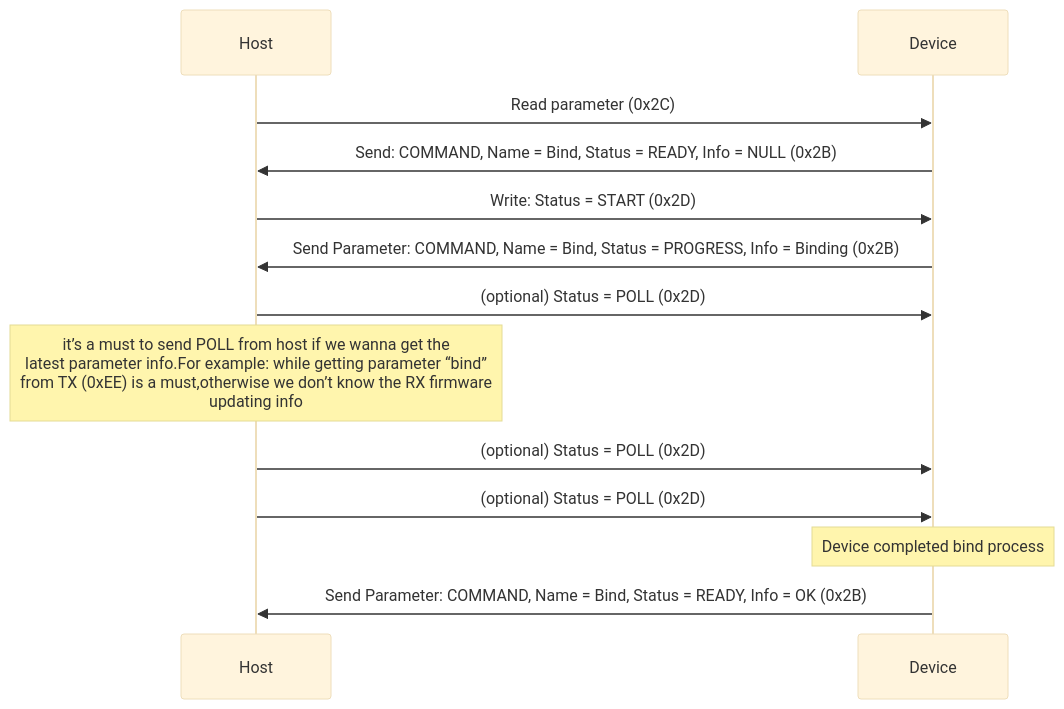
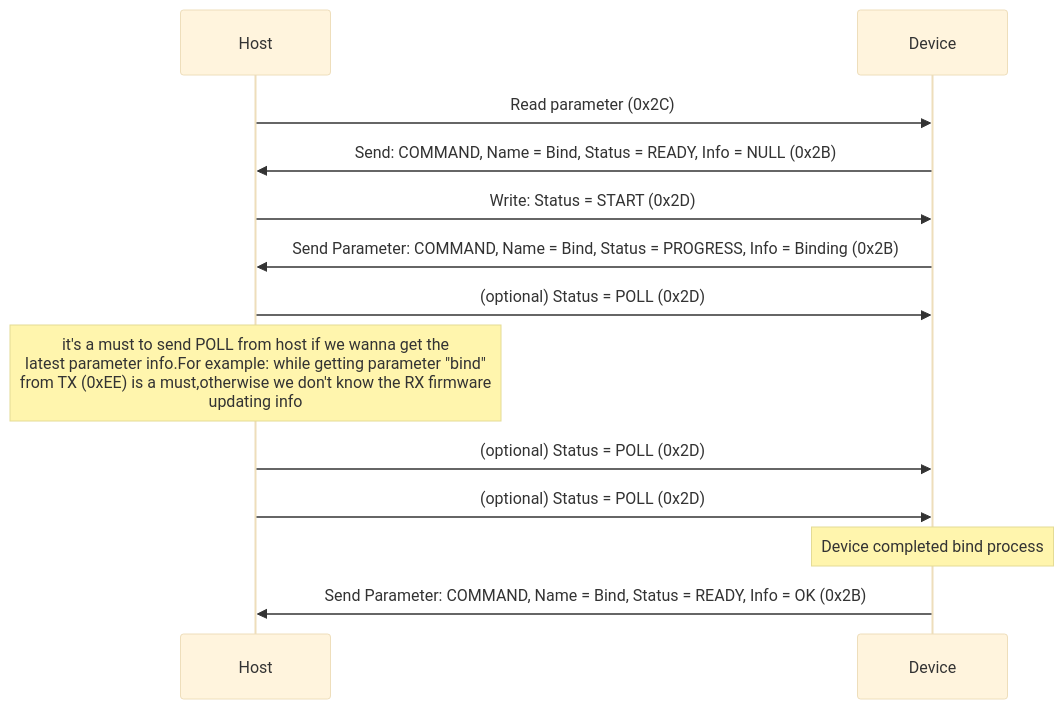
One commit to wimalopaan/tbs-crsf-spec changed the fourth of 7 diagrams in crsf.md. Above: the diagram before and after it, drawn with Mermaid (base theme). The commit also changed other lines of this file, not shown here.

````diff
--- a/crsf.md
+++ b/crsf.md
@@ -879,16 +880,16 @@
 ```mermaid
 sequenceDiagram
 
     Host->>Device: Read parameter (0x2C)
     Device->>Host: Send: COMMAND, Name = Bind, Status = READY, Info = NULL (0x2B)
     Host->>Device: Write: Status = START (0x2D)
     Device->>Host: Send Parameter: COMMAND, Name = Bind, Status = PROGRESS, Info = Binding (0x2B)
 
     Host->>Device: (optional) Status = POLL (0x2D)
-    note over Host: it’s a must to send POLL from host if we wanna get the <br/>latest parameter info.For example: while getting parameter “bind”<br/>from TX (0xEE) is a must,otherwise we don’t know the RX firmware<br/>updating info
+    note over Host: it's a must to send POLL from host if we wanna get the <br/>latest parameter info.For example: while getting parameter "bind"<br/>from TX (0xEE) is a must,otherwise we don't know the RX firmware<br/>updating info
     Host->>Device: (optional) Status = POLL (0x2D)
     Host->>Device: (optional) Status = POLL (0x2D)
 
     note over Device: Device completed bind process
     Device->>Host: Send Parameter: COMMAND, Name = Bind, Status = READY, Info = OK (0x2B)
 ```
````
